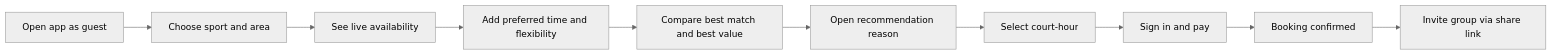
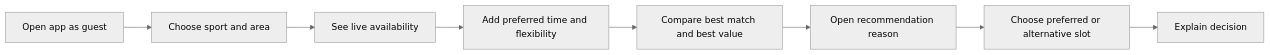
Before and after one commit to trongvanphan/event-codex: the diagram in sport_booking/07_prototype_plan.md, drawn with Mermaid (neutral theme). The commit also changed other lines of this file and 7 other files, not shown here.

````diff
--- a/sport_booking/07_prototype_plan.md
+++ b/sport_booking/07_prototype_plan.md
@@ -7,12 +11,10 @@
 ```mermaid
 flowchart LR
     A["Open app as guest"] --> B["Choose sport and area"]
     B --> C["See live availability"]
     C --> D["Add preferred time and flexibility"]
     D --> E["Compare best match and best value"]
     E --> F["Open recommendation reason"]
-    F --> G["Select court-hour"]
-    G --> H["Sign in and pay"]
-    H --> I["Booking confirmed"]
-    I --> J["Invite group via share link"]
+    F --> G["Choose preferred or alternative slot"]
+    G --> H["Explain decision"]
 ```
````
